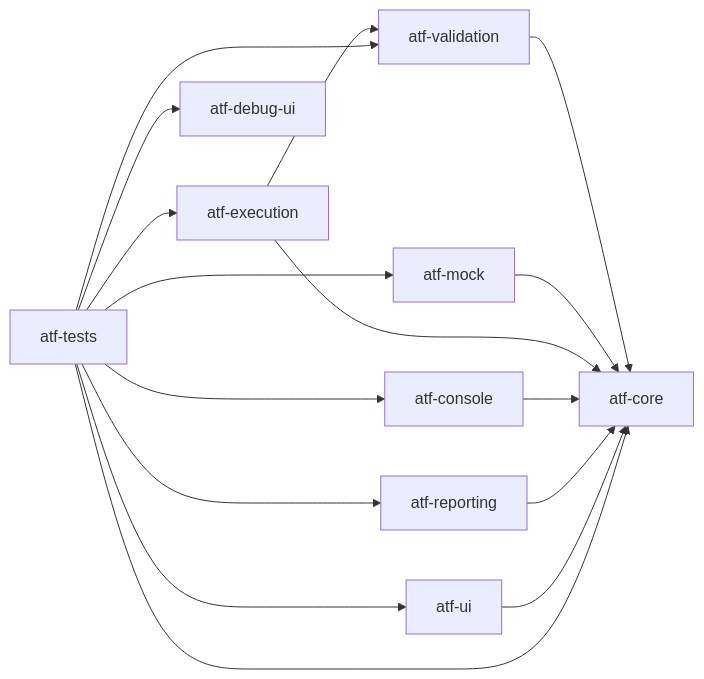
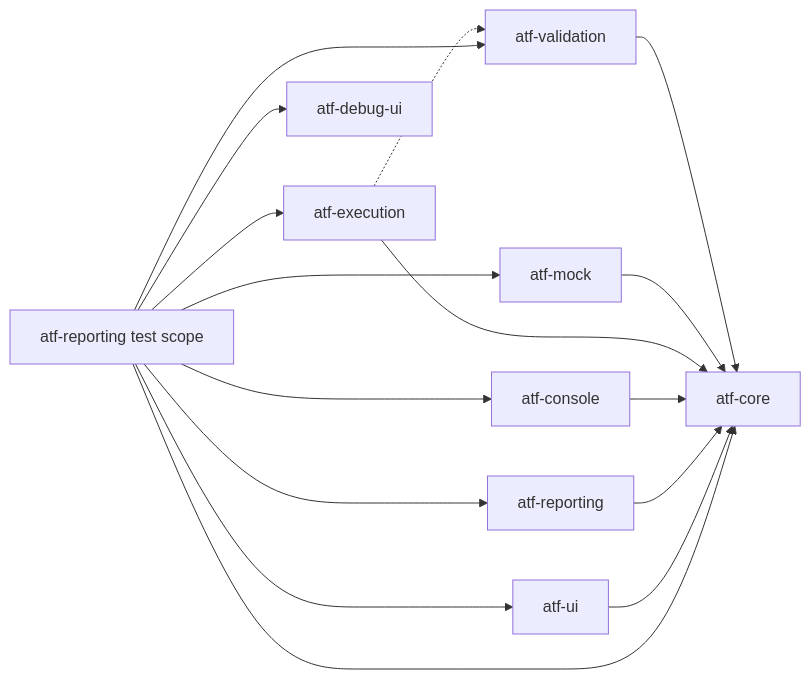
The fourth of 5 diagrams in README.md (crististefanita/demo2), drawn with Mermaid before and after one commit. The commit also changed other lines of this file and 647 other files, not shown here.

````diff
--- a/README.md
+++ b/README.md
@@ -168,18 +216,18 @@
 ```mermaid
 flowchart LR
-    Tests[atf-tests] --> Execution[atf-execution]
+    Tests[atf-reporting test scope] --> Execution[atf-execution]
     Tests --> Mock[atf-mock]
     Validation[atf-validation] --> Core[atf-core]
     Mock[atf-mock] --> Core
-    Execution[atf-execution] --> Validation
+    Execution[atf-execution] -.-> Validation
     Execution --> Core
     Console[atf-console] --> Core
     Reporting[atf-reporting] --> Core
     Ui[atf-ui] --> Core
     Tests --> DebugUi[atf-debug-ui]
     Tests --> Validation
     Tests --> Reporting
     Tests --> Console
     Tests --> Core
     Tests --> Ui
 ```
````
